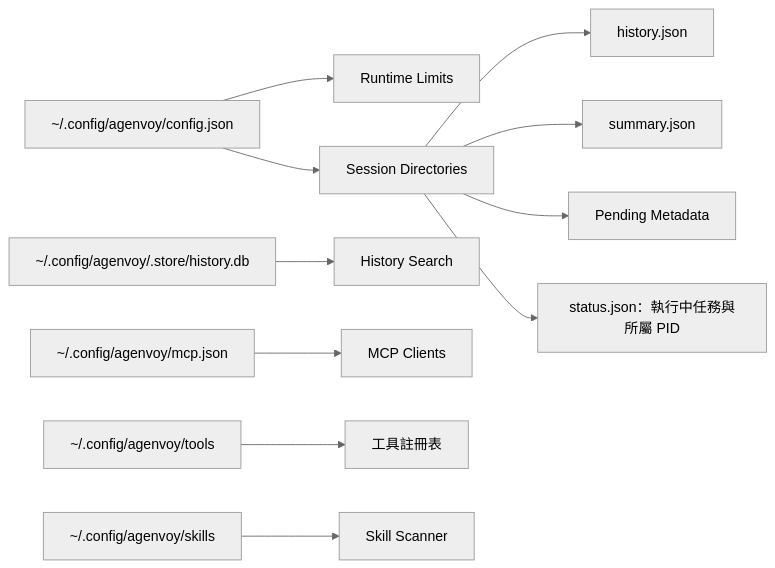
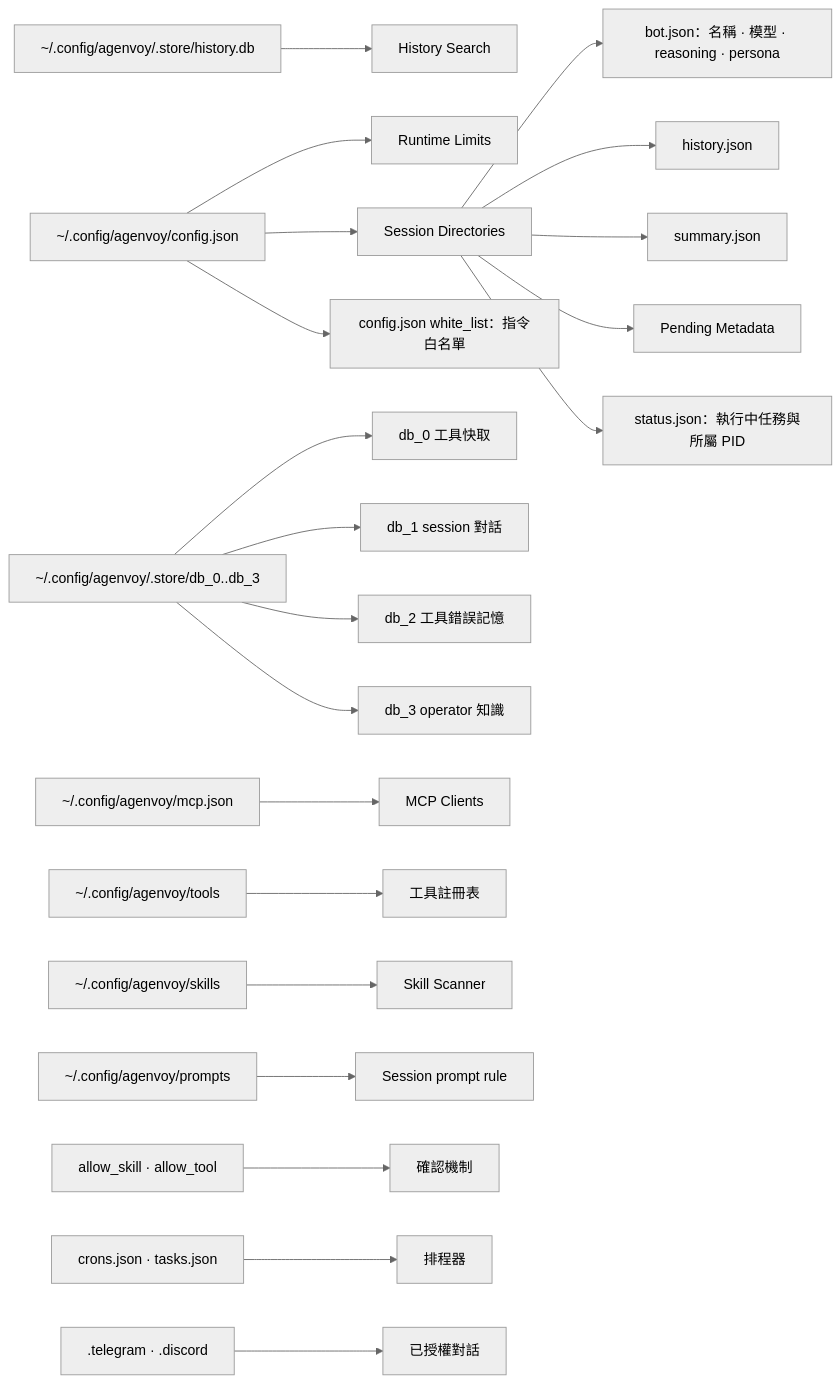
One commit to agenvoy/Agenvoy changed diagram 12 of 12 in doc/architecture.zh.md. Above: the diagram before and after it, drawn with Mermaid (neutral theme). The commit also changed other lines of this file and 3 other files, not shown here.

Commit message:
doc: Update architecture and API documentation

````diff
--- a/doc/architecture.zh.md
+++ b/doc/architecture.zh.md
@@ -272,13 +274,23 @@
 ```mermaid
 flowchart LR
     Config[~/.config/agenvoy/config.json] --> Limits[Runtime Limits]
     Config --> Sessions[Session Directories]
+    Sessions --> Bot[bot.json：名稱 · 模型 · reasoning · persona]
     Sessions --> History[history.json]
     Sessions --> Summary[summary.json]
     Sessions --> Pending[Pending Metadata]
     Sessions --> Status[status.json：執行中任務與所屬 PID]
     SQLite[~/.config/agenvoy/.store/history.db] --> Search[History Search]
+    Torii[~/.config/agenvoy/.store/db_0..db_3] --> ToolCache[db_0 工具快取]
+    Torii --> SessionHist[db_1 session 對話]
+    Torii --> ErrorMemory[db_2 工具錯誤記憶]
+    Torii --> Knowledge[db_3 operator 知識]
     MCP[~/.config/agenvoy/mcp.json] --> MCPClients[MCP Clients]
     Tools[~/.config/agenvoy/tools] --> Registry[工具註冊表]
     Skills[~/.config/agenvoy/skills] --> Scanner[Skill Scanner]
+    Prompts[~/.config/agenvoy/prompts] --> Rules[Session prompt rule]
+    Allow[allow_skill · allow_tool] --> Gate[確認機制]
+    Config --> CmdAllow[config.json white_list：指令白名單]
+    Schedule[crons.json · tasks.json] --> Scheduler[排程器]
+    Auth[.telegram · .discord] --> Channels[已授權對話]
 ```
````
